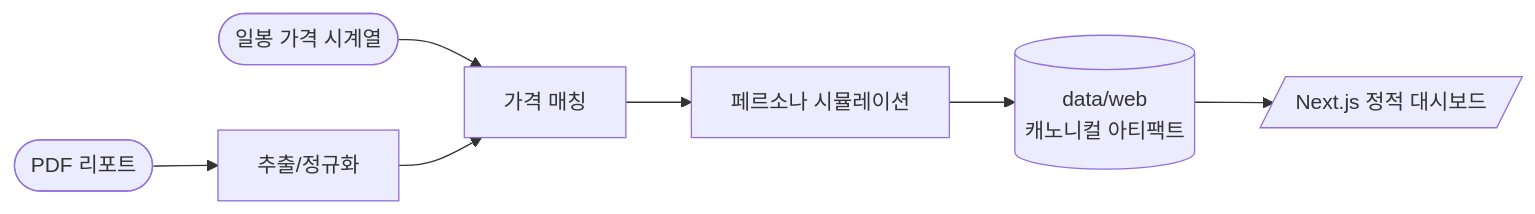
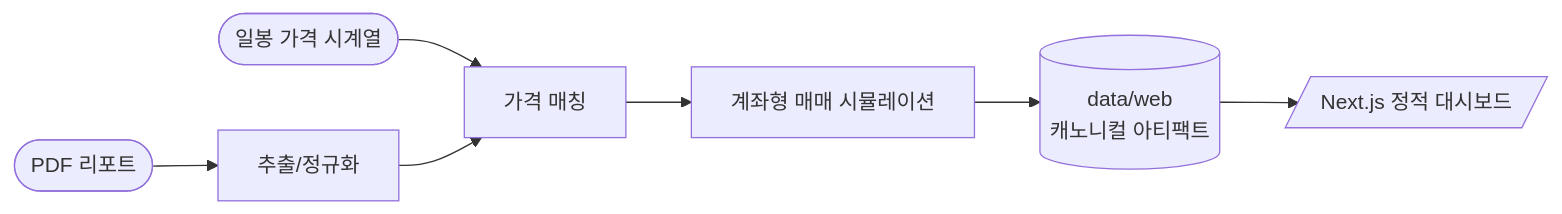
The first of 3 diagrams in README.md (choiinyeol/snusmic-portfolio-lab), drawn with Mermaid before and after one commit. The commit also changed other lines of this file and 300 other files, not shown here.

````diff
--- a/README.md
+++ b/README.md
@@ -27,9 +27,9 @@
 ```mermaid
 flowchart LR
   PDFs([PDF 리포트]) --> Extract[추출/정규화]
   Prices([일봉 가격 시계열]) --> Match[가격 매칭]
   Extract --> Match
-  Match --> Sim[페르소나 시뮬레이션]
+  Match --> Sim[계좌형 매매 시뮬레이션]
   Sim --> Web[(data/web<br/>캐노니컬 아티팩트)]
   Web --> App[/Next.js 정적 대시보드/]
 ```
````
